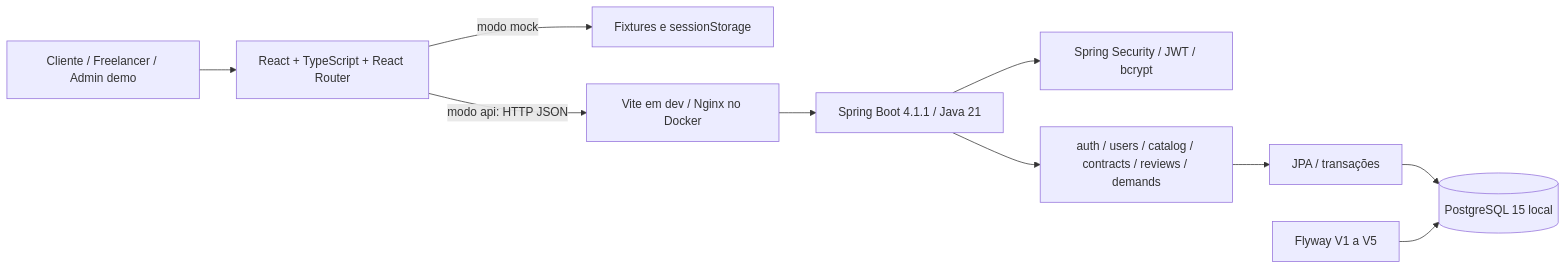
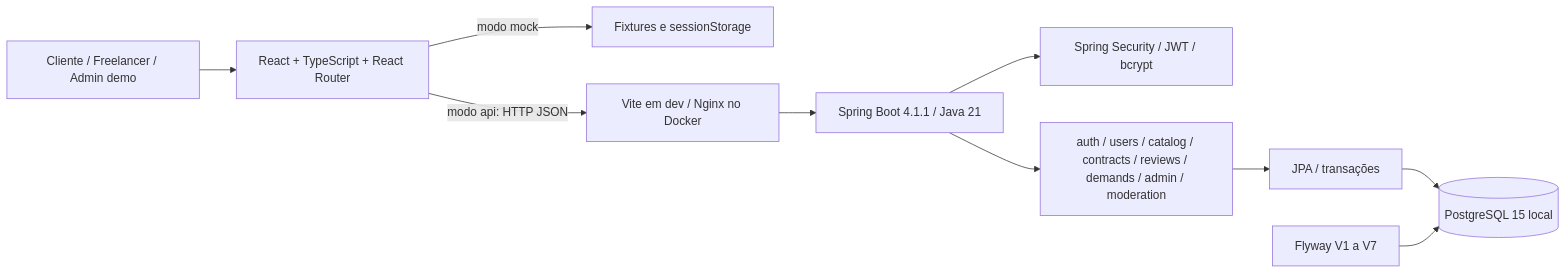
One commit to fabiolrocha/FreeLanceNow changed the diagram in docs/arquitetura.md. Above: the diagram before and after it, drawn with Mermaid. The commit also changed other lines of this file and 57 other files, not shown here.

````diff
--- a/docs/arquitetura.md
+++ b/docs/arquitetura.md
@@ -5,12 +5,12 @@
 ```mermaid
 flowchart LR
   Pessoa[Cliente / Freelancer / Admin demo] --> Web[React + TypeScript + React Router]
   Web -->|modo mock| Mock[Fixtures e sessionStorage]
   Web -->|modo api: HTTP JSON| Proxy[Vite em dev / Nginx no Docker]
   Proxy --> API[Spring Boot 4.1.1 / Java 21]
   API --> Security[Spring Security / JWT / bcrypt]
-  API --> Modulos[auth / users / catalog / contracts / reviews / demands]
+  API --> Modulos[auth / users / catalog / contracts / reviews / demands / admin / moderation]
   Modulos --> JPA[JPA / transações]
   JPA --> DB[(PostgreSQL 15 local)]
-  Flyway[Flyway V1 a V5] --> DB
+  Flyway[Flyway V1 a V7] --> DB
 ```
````
